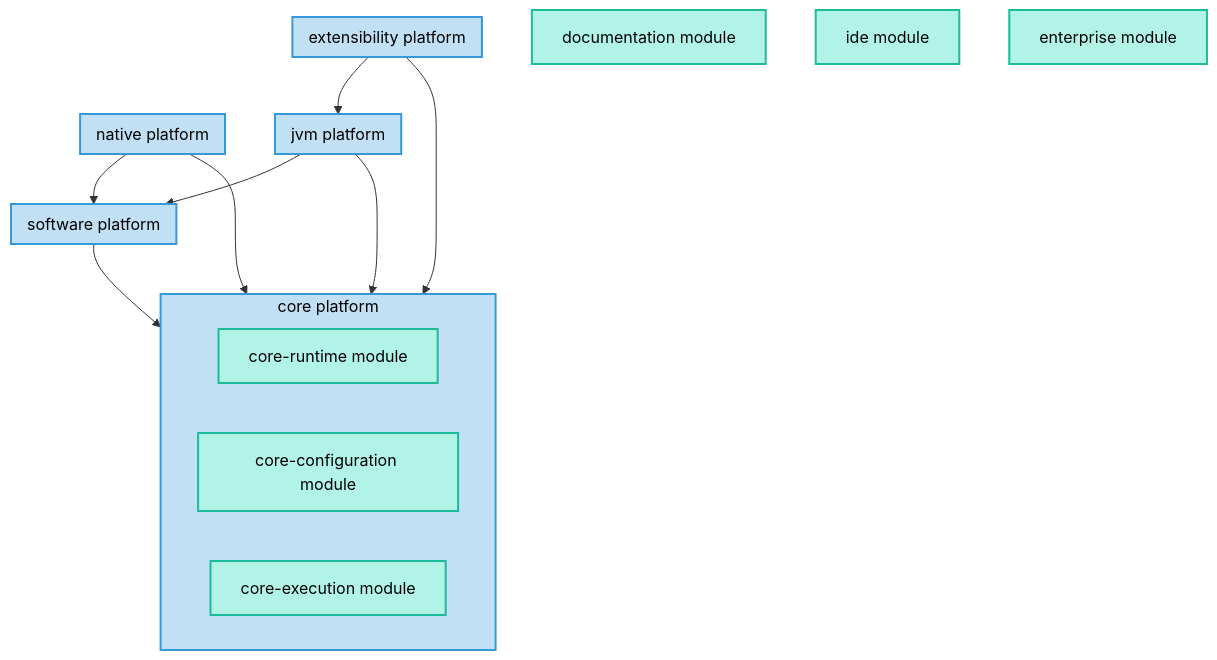
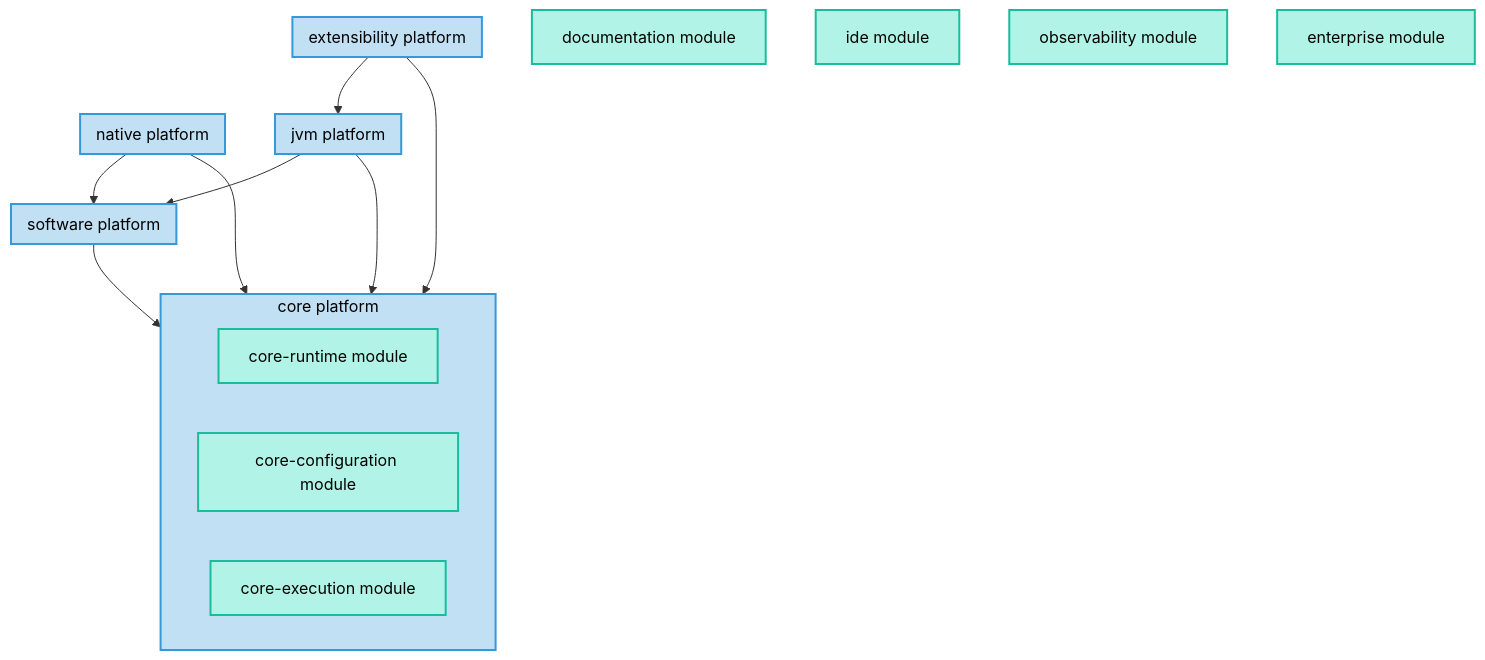
Before and after one commit to gradle/gradle: the diagram in architecture/platforms.md, drawn with Mermaid. The commit also changed other lines of this file and 210 other files, not shown here.

Commit message:
Move Problems API projects to a new 'observability' module

````diff
--- a/architecture/platforms.md
+++ b/architecture/platforms.md
@@ -13,48 +13,51 @@
 ```mermaid
     graph TD
 
     subgraph core["core platform"]
 
         core_runtime["core-runtime module"]
         style core_runtime stroke:#1abc9c,fill:#b1f4e7,stroke-width:2px,color:#000;
 
         core_configuration["core-configuration module"]
         style core_configuration stroke:#1abc9c,fill:#b1f4e7,stroke-width:2px,color:#000;
 
         core_execution["core-execution module"]
         style core_execution stroke:#1abc9c,fill:#b1f4e7,stroke-width:2px,color:#000;
     end
     style core fill:#c2e0f4,stroke:#3498db,stroke-width:2px,color:#000;
 
     documentation["documentation module"]
     style documentation stroke:#1abc9c,fill:#b1f4e7,stroke-width:2px,color:#000;
 
     ide["ide module"]
     style ide stroke:#1abc9c,fill:#b1f4e7,stroke-width:2px,color:#000;
+
+    observability["observability module"]
+    style observability stroke:#1abc9c,fill:#b1f4e7,stroke-width:2px,color:#000;
 
     subgraph software["software platform"]
     end
     style software fill:#c2e0f4,stroke:#3498db,stroke-width:2px,color:#000;
     software --> core
 
     subgraph jvm["jvm platform"]
     end
     style jvm fill:#c2e0f4,stroke:#3498db,stroke-width:2px,color:#000;
     jvm --> core
     jvm --> software
 
     subgraph extensibility["extensibility platform"]
     end
     style extensibility fill:#c2e0f4,stroke:#3498db,stroke-width:2px,color:#000;
     extensibility --> core
     extensibility --> jvm
 
     subgraph native["native platform"]
     end
     style native fill:#c2e0f4,stroke:#3498db,stroke-width:2px,color:#000;
     native --> core
     native --> software
 
     enterprise["enterprise module"]
     style enterprise stroke:#1abc9c,fill:#b1f4e7,stroke-width:2px,color:#000;
 ```
````
